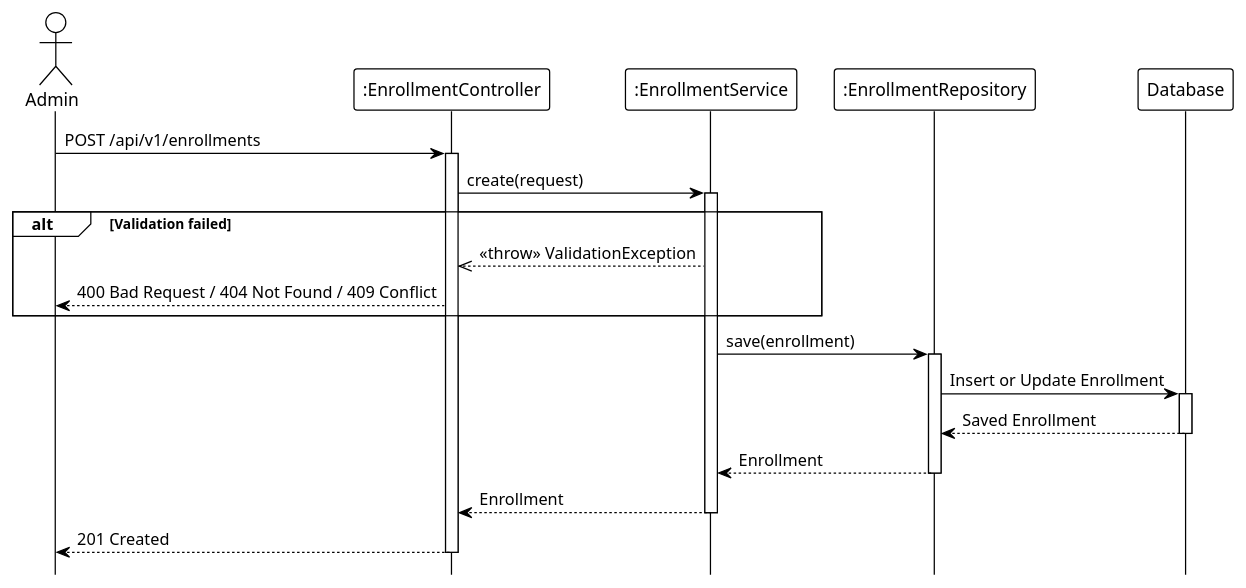
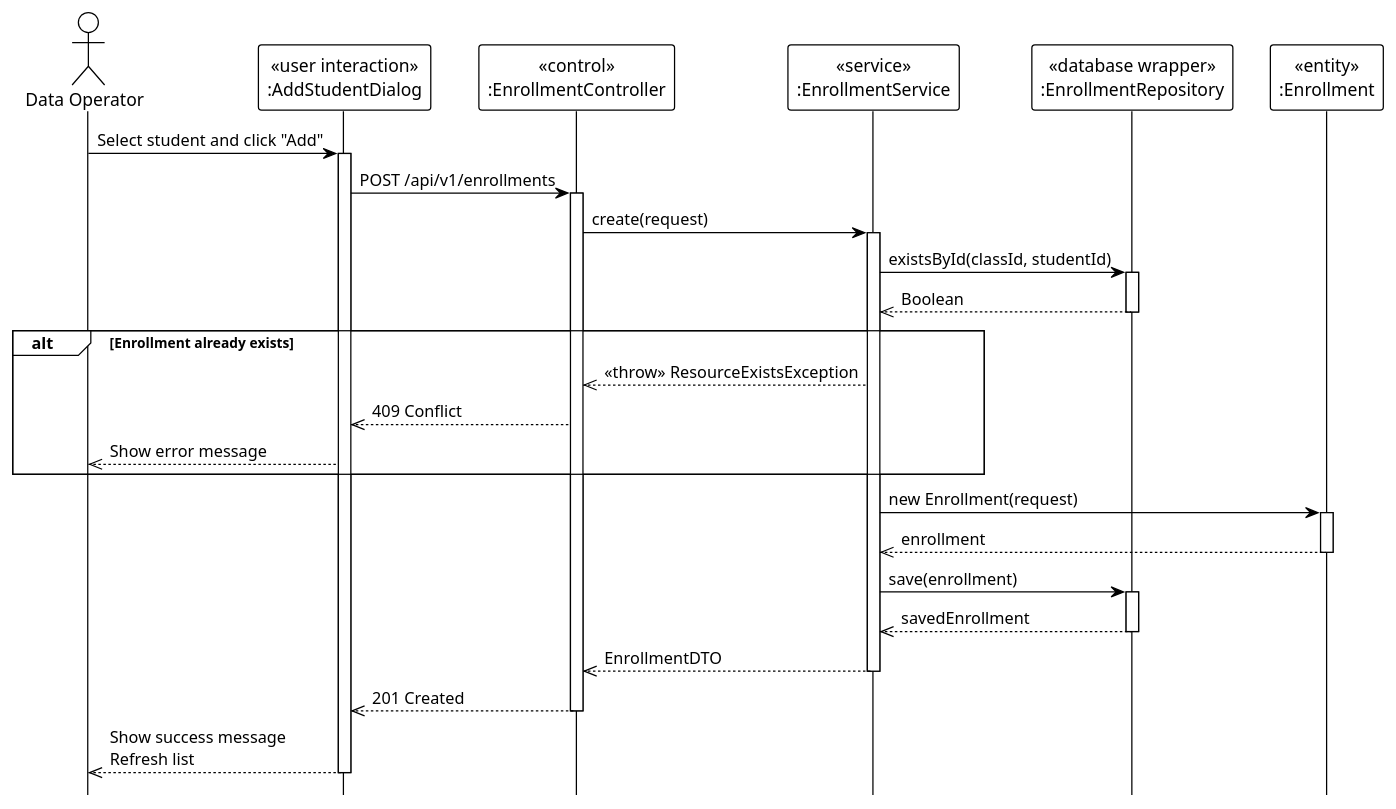
Before and after one commit to Ndh474/context: the diagram in system_detailed_design/30_enroll_student_to_class/sequence_diagram_enroll_student_to_class.puml, drawn with PlantUML. The commit also changed 3 other files, not shown here.

Commit message:
docs: Add sequence diagrams for class student viewing, enrollment, unenrollment, and CSV import.

```diff
--- a/system_detailed_design/30_enroll_student_to_class/sequence_diagram_enroll_student_to_class.puml
+++ b/system_detailed_design/30_enroll_student_to_class/sequence_diagram_enroll_student_to_class.puml
@@ -1,42 +1,56 @@
 @startuml enroll_student_to_class
 !theme plain
 hide footbox
 
-actor Admin
-participant ":EnrollmentController" as Controller
-participant ":EnrollmentService" as Service
-participant ":EnrollmentRepository" as Repository
-participant "Database" as DB
+actor "Data Operator" as DataOperator
 
-' --- MAIN FLOW ---
-Admin -> Controller: POST /api/v1/enrollments
+participant "«user interaction»\n:AddStudentDialog" as UI
+participant "«control»\n:EnrollmentController" as Controller
+participant "«service»\n:EnrollmentService" as Service
+participant "«database wrapper»\n:EnrollmentRepository" as Repository
+participant "«entity»\n:Enrollment" as Entity
+
+' === MAIN FLOW ===
+DataOperator -> UI: Select student and click "Add"
+activate UI
+
+UI -> Controller: POST /api/v1/enrollments
 activate Controller
 
 Controller -> Service: create(request)
 activate Service
 
-' Validation logic (internal: class/student validation, major eligibility, semester check)
+' === VALIDATION ===
+Service -> Repository: existsById(classId, studentId)
+activate Repository
+Repository -->> Service: Boolean
+deactivate Repository
 
-alt Validation failed
-    Service -->> Controller: <<throw>> ValidationException
-    Controller --> Admin: 400 Bad Request / 404 Not Found / 409 Conflict
+alt Enrollment already exists
+    Service -->> Controller: <<throw>> ResourceExistsException
+    Controller -->> UI: 409 Conflict
+    UI -->> DataOperator: Show error message
 end
 
+' === CREATE ENTITY ===
+Service -> Entity: new Enrollment(request)
+activate Entity
+Entity -->> Service: enrollment
+deactivate Entity
+
+' === SAVE ===
 Service -> Repository: save(enrollment)
 activate Repository
-
-Repository -> DB: Insert or Update Enrollment
-activate DB
-DB --> Repository: Saved Enrollment
-deactivate DB
-
-Repository --> Service: Enrollment
+Repository -->> Service: savedEnrollment
 deactivate Repository
 
-Service --> Controller: Enrollment
+Service -->> Controller: EnrollmentDTO
 deactivate Service
 
-Controller --> Admin: 201 Created
+Controller -->> UI: 201 Created
 deactivate Controller
 
+UI -->> DataOperator: Show success message\nRefresh list
+deactivate UI
+
 @enduml
```
